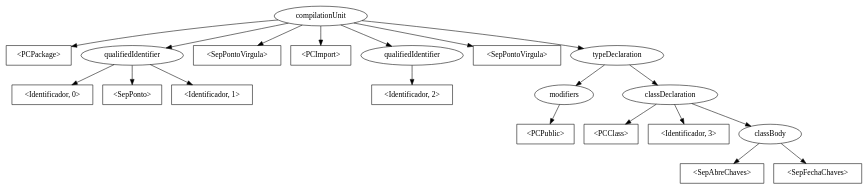
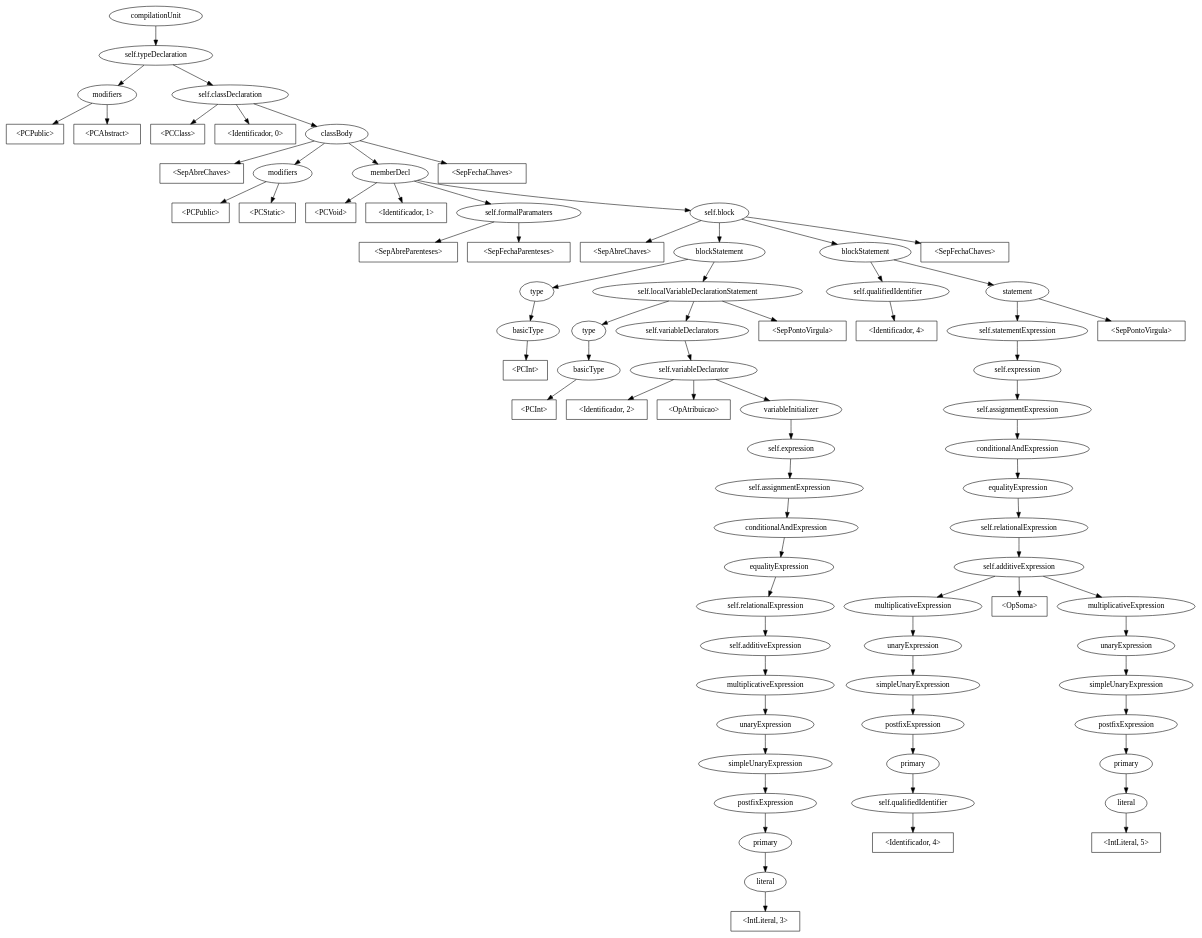
The diagram in AnalisadorSintatico/arvore.dot (k4t0mono/tp-compiladores), drawn with Graphviz before and after one commit. The commit also changed 8 other files, not shown here.

Commit message:
gerando arvore sintatica no graphviz

```diff
--- a/AnalisadorSintatico/arvore.dot
+++ b/AnalisadorSintatico/arvore.dot
@@ -1,44 +1,158 @@
 digraph {
 
 	0 [label="compilationUnit"]
-	1 [label="<PCPackage>" shape=rectangle]
-	2 [label="qualifiedIdentifier"]
-	3 [label="<Identificador, 0>" shape=rectangle]
-	4 [label="<SepPonto>" shape=rectangle]
-	5 [label="<Identificador, 1>" shape=rectangle]
-	6 [label="<SepPontoVirgula>" shape=rectangle]
-	7 [label="<PCImport>" shape=rectangle]
-	8 [label="qualifiedIdentifier"]
-	9 [label="<Identificador, 2>" shape=rectangle]
-	10 [label="<SepPontoVirgula>" shape=rectangle]
-	11 [label="typeDeclaration"]
-	12 [label="modifiers"]
-	13 [label="<PCPublic>" shape=rectangle]
-	14 [label="classDeclaration"]
-	15 [label="<PCClass>" shape=rectangle]
-	16 [label="<Identificador, 3>" shape=rectangle]
-	17 [label="classBody"]
-	18 [label="<SepAbreChaves>" shape=rectangle]
-	19 [label="<SepFechaChaves>" shape=rectangle]
+	1 [label="self.typeDeclaration"]
+	2 [label="modifiers"]
+	3 [label="<PCPublic>" shape=rectangle]
+	4 [label="<PCAbstract>" shape=rectangle]
+	5 [label="self.classDeclaration"]
+	6 [label="<PCClass>" shape=rectangle]
+	7 [label="<Identificador, 0>" shape=rectangle]
+	8 [label="classBody"]
+	9 [label="<SepAbreChaves>" shape=rectangle]
+	10 [label="modifiers"]
+	11 [label="<PCPublic>" shape=rectangle]
+	12 [label="<PCStatic>" shape=rectangle]
+	13 [label="memberDecl"]
+	14 [label="<PCVoid>" shape=rectangle]
+	15 [label="<Identificador, 1>" shape=rectangle]
+	16 [label="self.formalParamaters"]
+	17 [label="<SepAbreParenteses>" shape=rectangle]
+	18 [label="<SepFechaParenteses>" shape=rectangle]
+	19 [label="self.block"]
+	20 [label="<SepAbreChaves>" shape=rectangle]
+	21 [label="blockStatement"]
+	22 [label="type"]
+	23 [label="basicType"]
+	24 [label="<PCInt>" shape=rectangle]
+	25 [label="self.localVariableDeclarationStatement"]
+	26 [label="type"]
+	27 [label="basicType"]
+	28 [label="<PCInt>" shape=rectangle]
+	29 [label="self.variableDeclarators"]
+	30 [label="self.variableDeclarator"]
+	31 [label="<Identificador, 2>" shape=rectangle]
+	32 [label="<OpAtribuicao>" shape=rectangle]
+	33 [label="variableInitializer"]
+	34 [label="self.expression"]
+	35 [label="self.assignmentExpression"]
+	36 [label="conditionalAndExpression"]
+	37 [label="equalityExpression"]
+	38 [label="self.relationalExpression"]
+	39 [label="self.additiveExpression"]
+	40 [label="multiplicativeExpression"]
+	41 [label="unaryExpression"]
+	42 [label="simpleUnaryExpression"]
+	43 [label="postfixExpression"]
+	44 [label="primary"]
+	45 [label="literal"]
+	46 [label="<IntLiteral, 3>" shape=rectangle]
+	47 [label="<SepPontoVirgula>" shape=rectangle]
+	48 [label="blockStatement"]
+	49 [label="self.qualifiedIdentifier"]
+	50 [label="<Identificador, 4>" shape=rectangle]
+	51 [label="statement"]
+	52 [label="self.statementExpression"]
+	53 [label="self.expression"]
+	54 [label="self.assignmentExpression"]
+	55 [label="conditionalAndExpression"]
+	56 [label="equalityExpression"]
+	57 [label="self.relationalExpression"]
+	58 [label="self.additiveExpression"]
+	59 [label="multiplicativeExpression"]
+	60 [label="unaryExpression"]
+	61 [label="simpleUnaryExpression"]
+	62 [label="postfixExpression"]
+	63 [label="primary"]
+	64 [label="self.qualifiedIdentifier"]
+	65 [label="<Identificador, 4>" shape=rectangle]
+	66 [label="<OpSoma>" shape=rectangle]
+	67 [label="multiplicativeExpression"]
+	68 [label="unaryExpression"]
+	69 [label="simpleUnaryExpression"]
+	70 [label="postfixExpression"]
+	71 [label="primary"]
+	72 [label="literal"]
+	73 [label="<IntLiteral, 5>" shape=rectangle]
+	74 [label="<SepPontoVirgula>" shape=rectangle]
+	75 [label="<SepFechaChaves>" shape=rectangle]
+	76 [label="<SepFechaChaves>" shape=rectangle]
 
 	0 -> 1
-	0 -> 2
+	1 -> 2
 	2 -> 3
 	2 -> 4
-	2 -> 5
-	0 -> 6
-	0 -> 7
-	0 -> 8
+	1 -> 5
+	5 -> 6
+	5 -> 7
+	5 -> 8
 	8 -> 9
-	0 -> 10
-	0 -> 11
-	11 -> 12
-	12 -> 13
-	11 -> 14
-	14 -> 15
-	14 -> 16
-	14 -> 17
-	17 -> 18
-	17 -> 19
+	8 -> 10
+	10 -> 11
+	10 -> 12
+	8 -> 13
+	13 -> 14
+	13 -> 15
+	13 -> 16
+	16 -> 17
+	16 -> 18
+	13 -> 19
+	19 -> 20
+	19 -> 21
+	21 -> 22
+	22 -> 23
+	23 -> 24
+	21 -> 25
+	25 -> 26
+	26 -> 27
+	27 -> 28
+	25 -> 29
+	29 -> 30
+	30 -> 31
+	30 -> 32
+	30 -> 33
+	33 -> 34
+	34 -> 35
+	35 -> 36
+	36 -> 37
+	37 -> 38
+	38 -> 39
+	39 -> 40
+	40 -> 41
+	41 -> 42
+	42 -> 43
+	43 -> 44
+	44 -> 45
+	45 -> 46
+	25 -> 47
+	19 -> 48
+	48 -> 49
+	49 -> 50
+	48 -> 51
+	51 -> 52
+	52 -> 53
+	53 -> 54
+	54 -> 55
+	55 -> 56
+	56 -> 57
+	57 -> 58
+	58 -> 59
+	59 -> 60
+	60 -> 61
+	61 -> 62
+	62 -> 63
+	63 -> 64
+	64 -> 65
+	58 -> 66
+	58 -> 67
+	67 -> 68
+	68 -> 69
+	69 -> 70
+	70 -> 71
+	71 -> 72
+	72 -> 73
+	51 -> 74
+	19 -> 75
+	8 -> 76
 
 }
```
